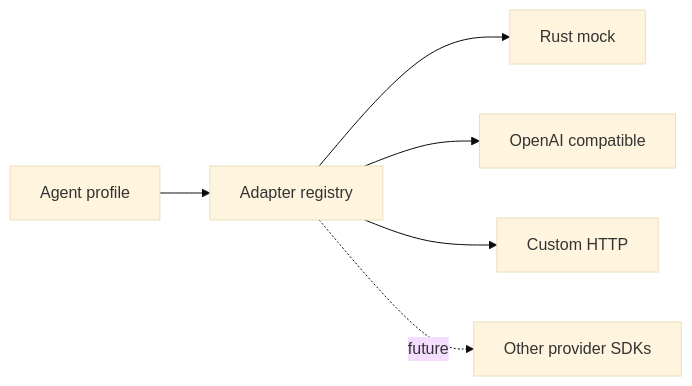
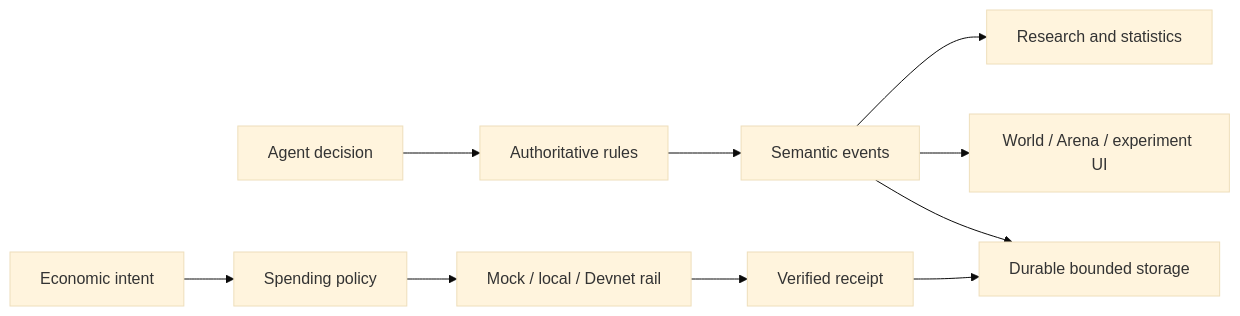
One commit to lewodro/autonomous-agent-economy changed the third of 3 diagrams in README.md. Above: the diagram before and after it, drawn with Mermaid (base theme). The commit also changed other lines of this file, not shown here.

Commit message:
360-reframe-readme-around-shared-world-and-private-runs

````diff
--- a/README.md
+++ b/README.md
@@ -441,8 +166,12 @@
 ```mermaid
 flowchart LR
- Config[Agent profile] --> Registry[Adapter registry]
- Registry --> Mock[Rust mock]
- Registry --> Compatible[OpenAI compatible]
- Registry --> HTTP[Custom HTTP]
- Registry -. future .-> Other[Other provider SDKs]
+    Agent[Agent decision] --> Rules[Authoritative rules]
+    Rules --> Events[Semantic events]
+    Events --> Store[Durable bounded storage]
+    Events --> UI[World / Arena / experiment UI]
+    Events --> Research[Research and statistics]
+    Intent[Economic intent] --> SpendPolicy[Spending policy]
+    SpendPolicy --> Rail[Mock / local / Devnet rail]
+    Rail --> EconomicReceipt[Verified receipt]
+    EconomicReceipt --> Store
 ```
````
